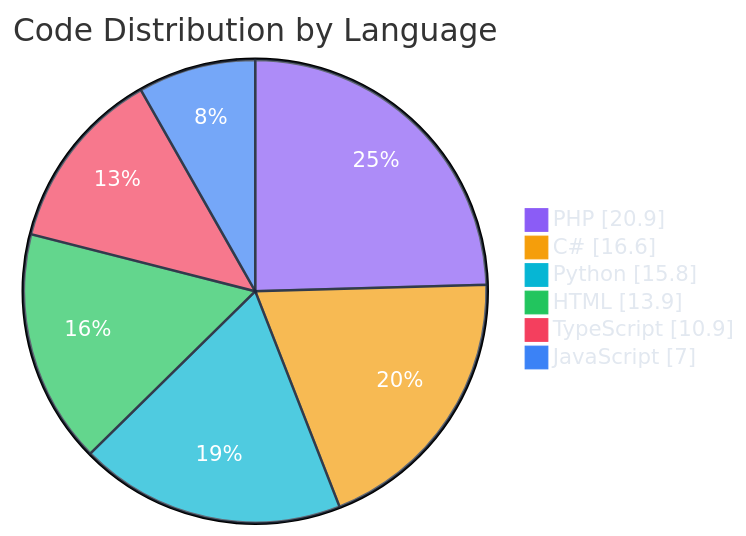
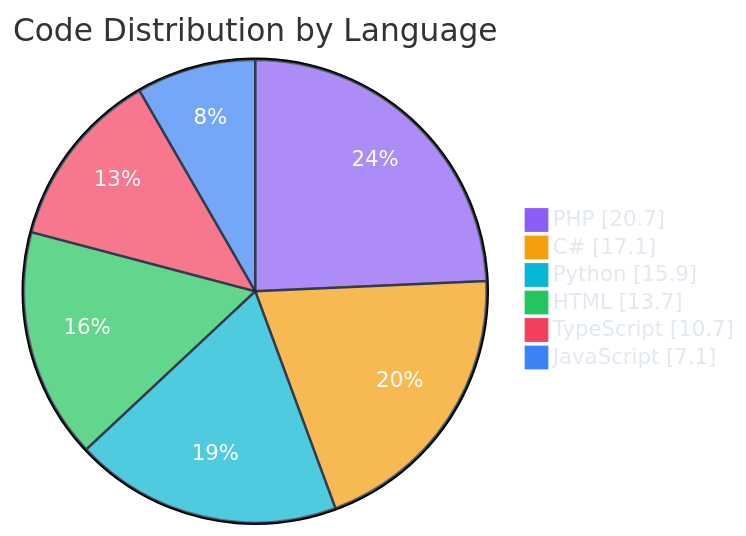
The second of 7 diagrams in README.md (polo-nyan/polo-nyan), drawn with Mermaid before and after one commit. The commit also changed other lines of this file and 1 other file, not shown here.

````diff
--- a/README.md
+++ b/README.md
@@ -229,11 +229,11 @@
 ```mermaid
 %%{init: {"theme": "base", "themeVariables": { "pie1": "#8b5cf6", "pie2": "#f59e0b", "pie3": "#06b6d4", "pie4": "#22c55e", "pie5": "#f43f5e", "pie6": "#3b82f6", "pie7": "#ec4899", "pieTextColor": "#ffffff", "pieLegendTextColor": "#e2e8f0", "pieSectionTextColor": "#ffffff", "pieStrokeColor": "#1e293b" }}}%%
 pie showData
     title Code Distribution by Language
-    "PHP" : 20.9
-    "C#" : 16.6
-    "Python" : 15.8
-    "HTML" : 13.9
-    "TypeScript" : 10.9
-    "JavaScript" : 7.0
+    "PHP" : 20.7
+    "C#" : 17.1
+    "Python" : 15.9
+    "HTML" : 13.7
+    "TypeScript" : 10.7
+    "JavaScript" : 7.1
 ```
````
